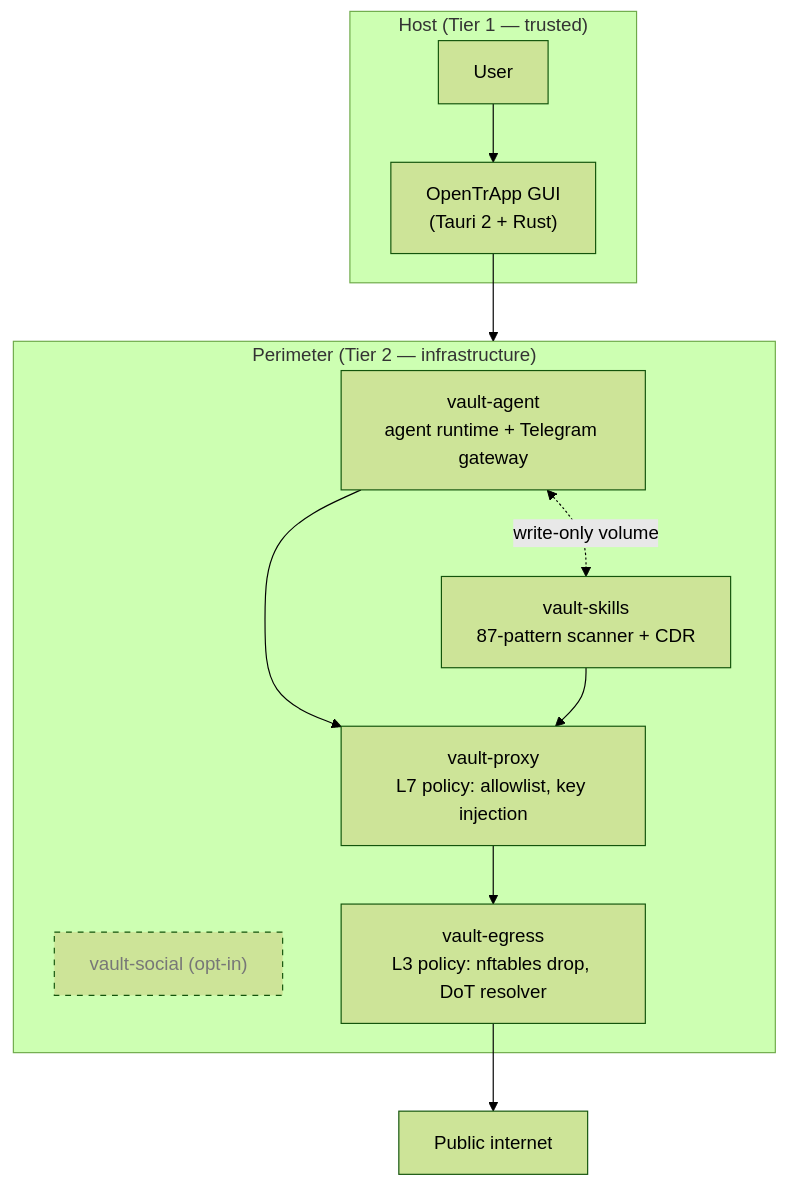
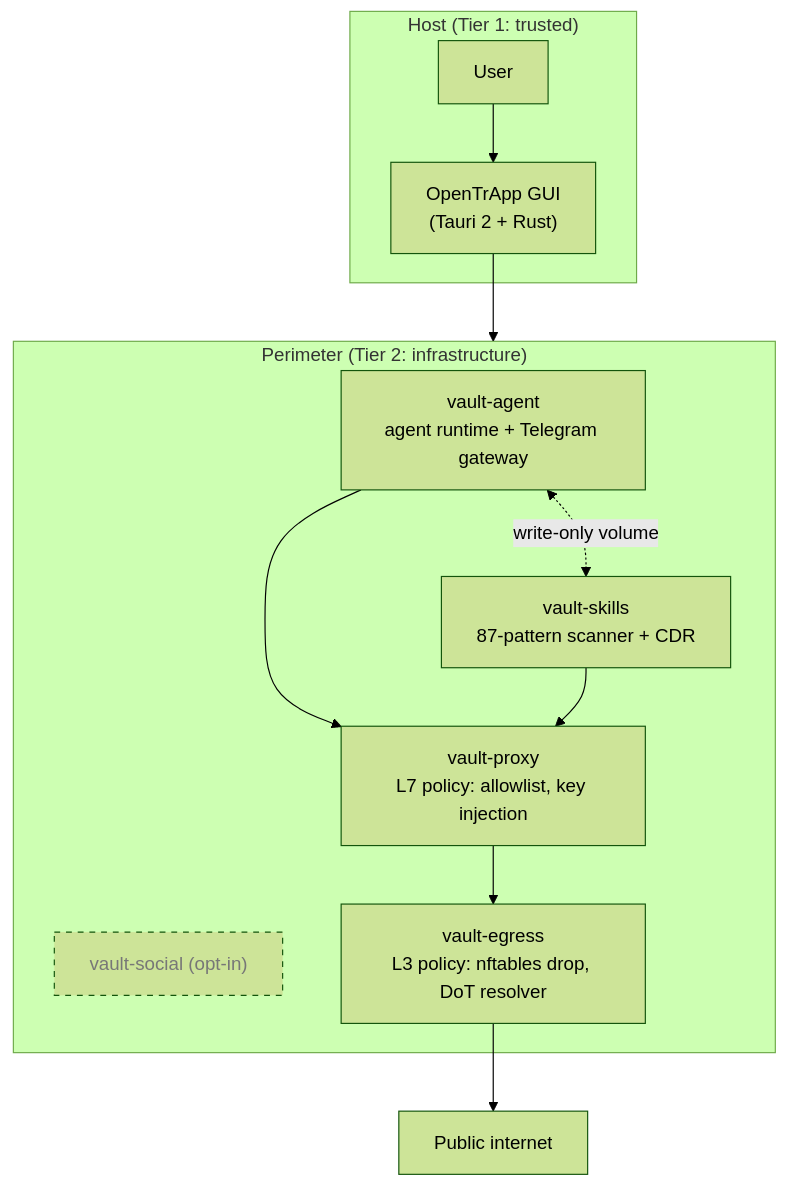
Before and after one commit to albertdobmeyer/opentrapp: the diagram in docs/trifecta.md, drawn with Mermaid (forest theme). The commit also changed other lines of this file and 14 other files, not shown here.

````diff
--- a/docs/trifecta.md
+++ b/docs/trifecta.md
@@ -57,26 +57,26 @@
 ```mermaid
 flowchart TB
-    subgraph HOST["Host (Tier 1 — trusted)"]
+    subgraph HOST["Host (Tier 1: trusted)"]
         USER[User]
         GUI["OpenTrApp GUI<br/>(Tauri 2 + Rust)"]
     end
 
-    subgraph PERIMETER["Perimeter (Tier 2 — infrastructure)"]
+    subgraph PERIMETER["Perimeter (Tier 2: infrastructure)"]
         AGENT["vault-agent<br/>agent runtime + Telegram gateway"]
         FORGE["vault-skills<br/>87-pattern scanner + CDR"]
-        PIONEER["vault-social (opt-in)"]
+        SOCIAL["vault-social (opt-in)"]
         PROXY["vault-proxy<br/>L7 policy: allowlist, key injection"]
         EGRESS["vault-egress<br/>L3 policy: nftables drop, DoT resolver"]
     end
 
     USER --> GUI
     GUI --> PERIMETER
     AGENT --> PROXY
     FORGE --> PROXY
     AGENT <-.->|"write-only volume"| FORGE
     PROXY --> EGRESS
     EGRESS --> EXT[Public internet]
 
-    classDef parked stroke-dasharray: 5 5,color:#777
-    class PIONEER parked
+    classDef optional stroke-dasharray: 5 5,color:#777
+    class SOCIAL optional
 ```
````
